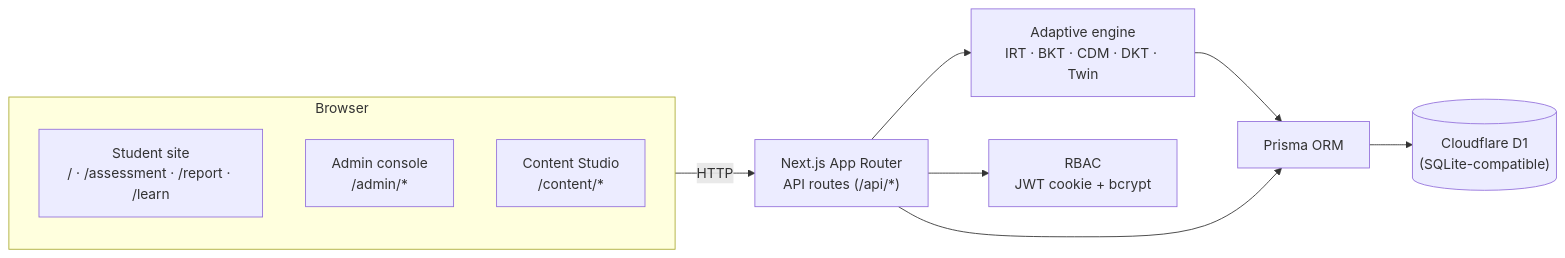
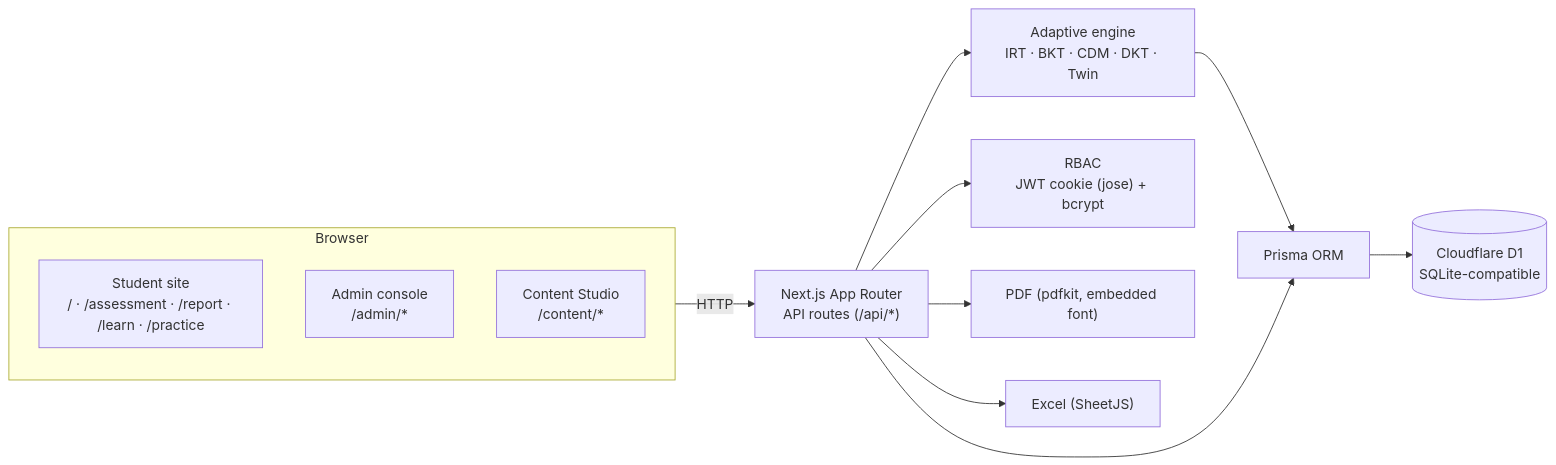
The fourth of 7 diagrams in README.md (karthikLagudu/Zarban), drawn with Mermaid before and after one commit. The commit also changed other lines of this file, not shown here.

````diff
--- a/README.md
+++ b/README.md
@@ -77,15 +195,17 @@
 ```mermaid
 flowchart LR
     subgraph Browser
       direction TB
-      ST["Student site<br/>/ · /assessment · /report · /learn"]
+      ST["Student site<br/>/ · /assessment · /report · /learn · /practice"]
       AD["Admin console<br/>/admin/*"]
       CS["Content Studio<br/>/content/*"]
     end
     Browser -->|HTTP| API["Next.js App Router<br/>API routes (/api/*)"]
     API --> ENG["Adaptive engine<br/>IRT · BKT · CDM · DKT · Twin"]
-    API --> AUTH["RBAC<br/>JWT cookie + bcrypt"]
+    API --> AUTH["RBAC<br/>JWT cookie (jose) + bcrypt"]
+    API --> PDF["PDF (pdfkit, embedded font)"]
+    API --> XLS["Excel (SheetJS)"]
     ENG --> ORM["Prisma ORM"]
     API --> ORM
-    ORM --> D1[("Cloudflare D1<br/>(SQLite-compatible)")]
+    ORM --> D1[("Cloudflare D1<br/>SQLite-compatible")]
 ```
````
